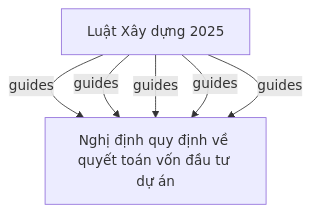
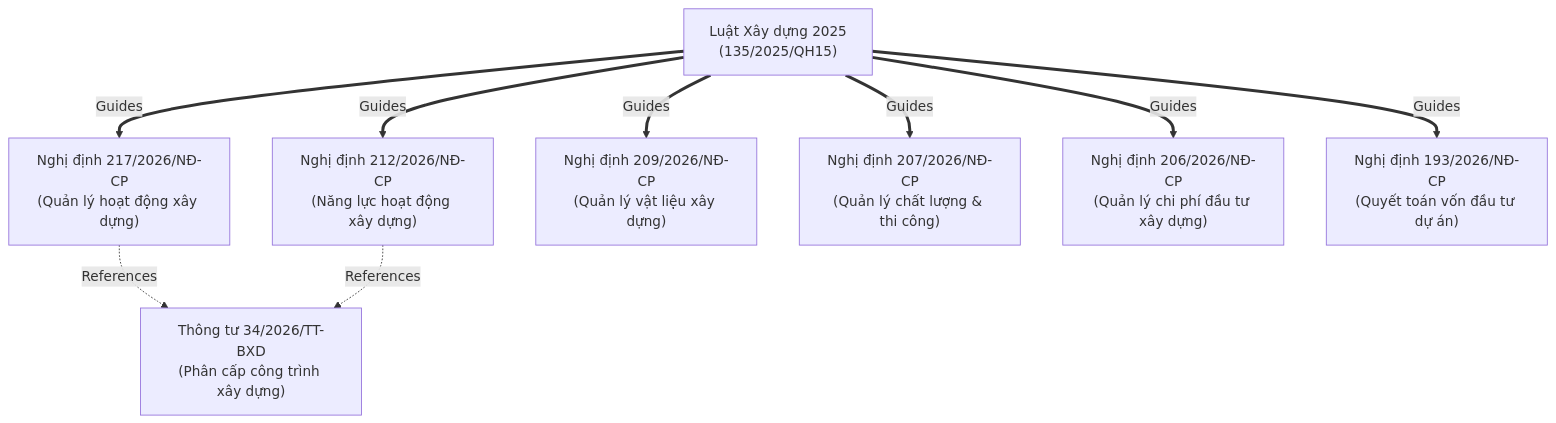
Before and after one commit to vvChu/ccba-agent-platform: the diagram in .md/luat_xay_dung_2025_so_135_2025_qh15-Relationship.md, drawn with Mermaid. The commit also changed 1 other file, not shown here.

Commit message:
docs(legal-intel): fix duplicate node IDs in relationship chart and add missing Decree 212 and Circular 34 to index

````diff
--- a/.md/luat_xay_dung_2025_so_135_2025_qh15-Relationship.md
+++ b/.md/luat_xay_dung_2025_so_135_2025_qh15-Relationship.md
@@ -11,9 +11,22 @@
 ```mermaid
 graph TD
-    Main["Luật Xây dựng 2025"]
-    Main -->|guides| Sub_nghi_dinh_["Nghị định quy định chi tiết một số điều của Luật Xây dựng về quản lý hoạt động xây dựng"]
-    Main -->|guides| Sub_nghi_dinh_["Nghị định quy định chi tiết một số điều và biện pháp thi hành Luật Xây dựng về quản lý vật liệu xây dựng"]
-    Main -->|guides| Sub_nghi_dinh_["Nghị định quy định chi tiết một số điều của Luật Xây dựng về quản lý chất lượng, thi công xây dựng và bảo trì công trình xây dựng"]
-    Main -->|guides| Sub_nghi_dinh_["Nghị định quy định chi tiết về quản lý chi phí đầu tư xây dựng"]
-    Main -->|guides| Sub_nghi_dinh_["Nghị định quy định về quyết toán vốn đầu tư dự án"]
+    Main["Luật Xây dựng 2025<br>(135/2025/QH15)"]
+    
+    ND217["Nghị định 217/2026/NĐ-CP<br>(Quản lý hoạt động xây dựng)"]
+    ND212["Nghị định 212/2026/NĐ-CP<br>(Năng lực hoạt động xây dựng)"]
+    ND209["Nghị định 209/2026/NĐ-CP<br>(Quản lý vật liệu xây dựng)"]
+    ND207["Nghị định 207/2026/NĐ-CP<br>(Quản lý chất lượng & thi công)"]
+    ND206["Nghị định 206/2026/NĐ-CP<br>(Quản lý chi phí đầu tư xây dựng)"]
+    ND193["Nghị định 193/2026/NĐ-CP<br>(Quyết toán vốn đầu tư dự án)"]
+    TT34["Thông tư 34/2026/TT-BXD<br>(Phân cấp công trình xây dựng)"]
+
+    Main ==>|Guides| ND217
+    Main ==>|Guides| ND212
+    Main ==>|Guides| ND209
+    Main ==>|Guides| ND207
+    Main ==>|Guides| ND206
+    Main ==>|Guides| ND193
+    
+    ND217 -.->|References| TT34
+    ND212 -.->|References| TT34
 ```
````
